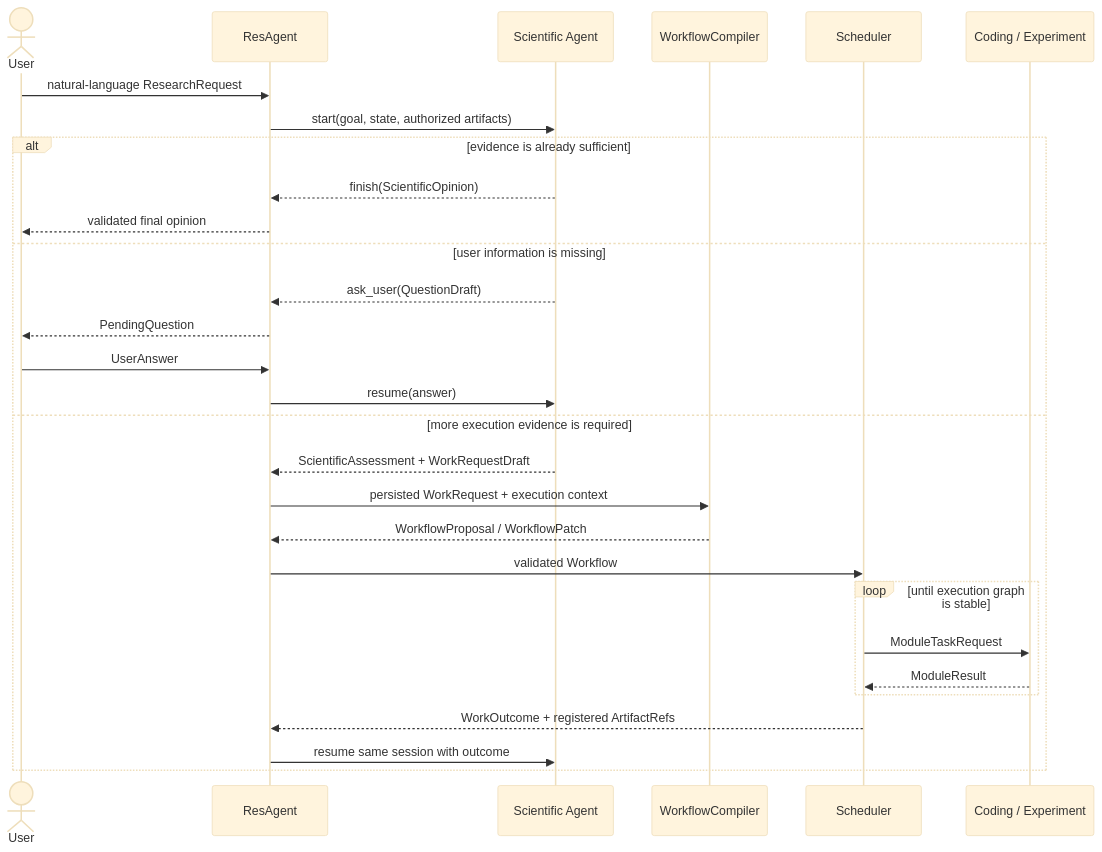
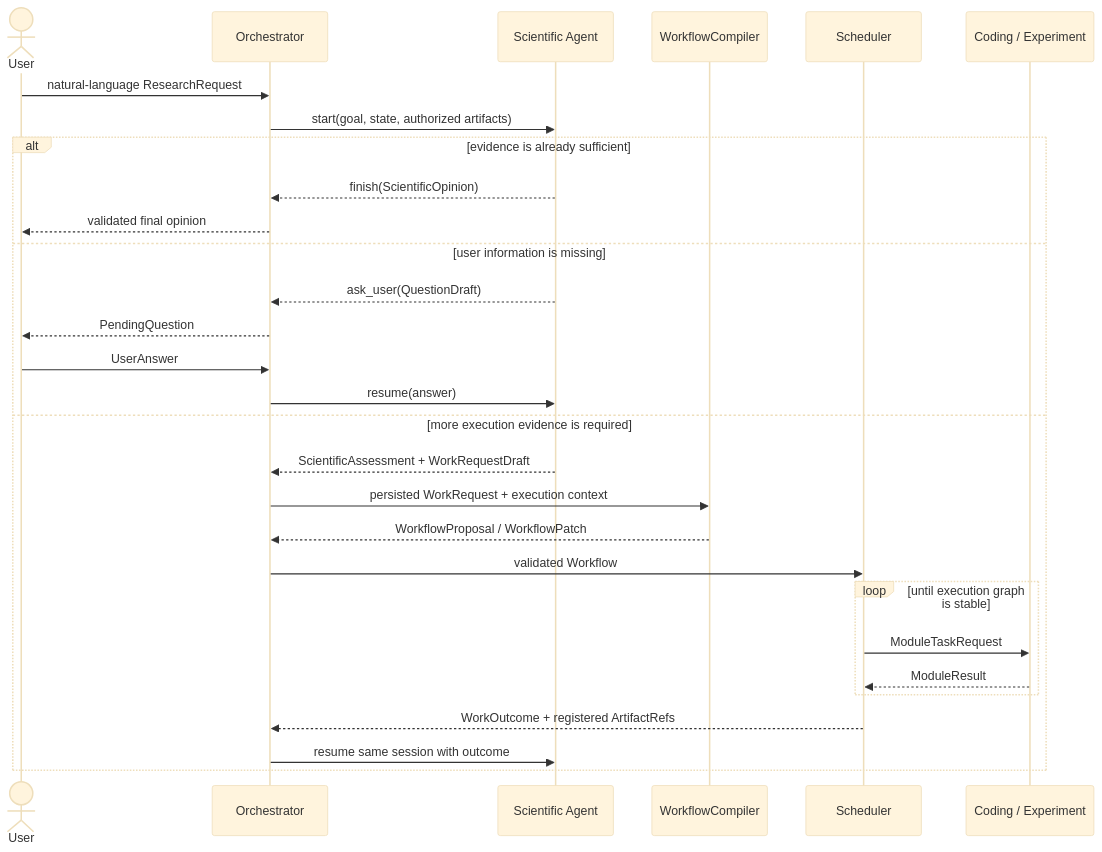
Before and after one commit to ylc123456789/ResAgent2: the second of 4 diagrams in docs/ARCHITECTURE.md, drawn with Mermaid (base theme). The commit also changed other lines of this file and 6 other files, not shown here.

Commit message:
docs: simplify architecture vocabulary and reading entry

````diff
--- a/docs/ARCHITECTURE.md
+++ b/docs/ARCHITECTURE.md
@@ -229,31 +229,31 @@
 ```mermaid
 sequenceDiagram
     actor User
-    participant Res as ResAgent
+    participant Res as Orchestrator
     participant Sci as Scientific Agent
     participant Comp as WorkflowCompiler
     participant Sch as Scheduler
     participant Exec as Coding / Experiment
     User->>Res: natural-language ResearchRequest
     Res->>Sci: start(goal, state, authorized artifacts)
     alt evidence is already sufficient
         Sci-->>Res: finish(ScientificOpinion)
         Res-->>User: validated final opinion
     else user information is missing
         Sci-->>Res: ask_user(QuestionDraft)
         Res-->>User: PendingQuestion
         User->>Res: UserAnswer
         Res->>Sci: resume(answer)
     else more execution evidence is required
         Sci-->>Res: ScientificAssessment + WorkRequestDraft
         Res->>Comp: persisted WorkRequest + execution context
         Comp-->>Res: WorkflowProposal / WorkflowPatch
         Res->>Sch: validated Workflow
         loop until execution graph is stable
             Sch->>Exec: ModuleTaskRequest
             Exec-->>Sch: ModuleResult
         end
         Sch-->>Res: WorkOutcome + registered ArtifactRefs
         Res->>Sci: resume same session with outcome
     end
 ```
````
